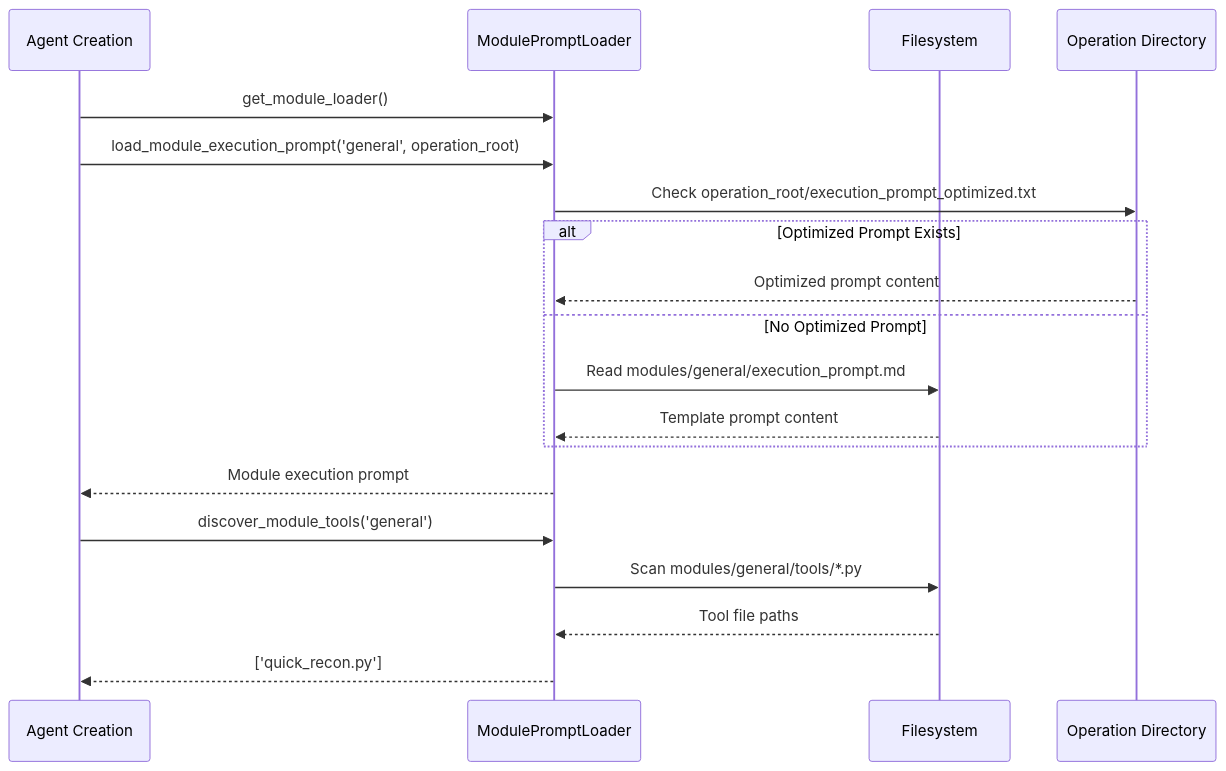
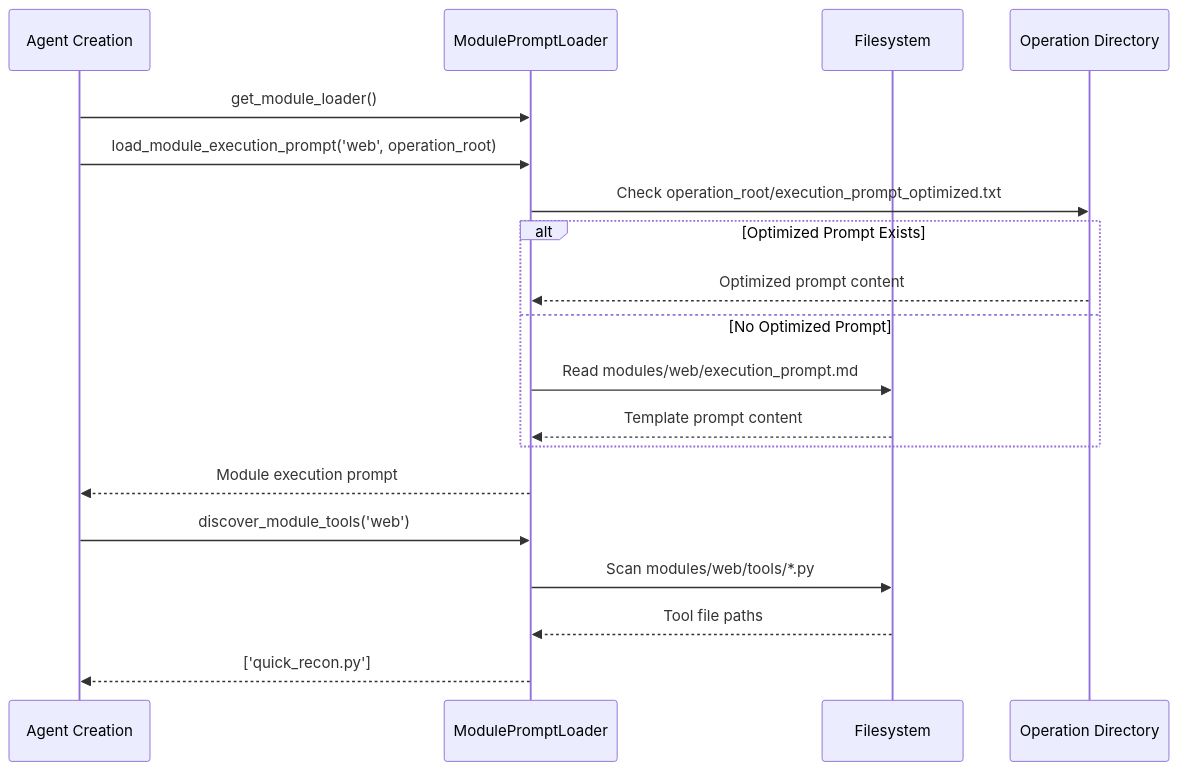
One commit to double16/Cyber-AutoAgent changed the second of 5 diagrams in docs/prompt_management.md. Above: the diagram before and after it, drawn with Mermaid. The commit also changed other lines of this file and 43 other files, not shown here.

Commit message:
Rename module 'general' to 'web'. swarm tool allows model selection.

````diff
--- a/docs/prompt_management.md
+++ b/docs/prompt_management.md
@@ -104,23 +104,23 @@
 ```mermaid
 sequenceDiagram
     participant A as Agent Creation
     participant L as ModulePromptLoader
     participant F as Filesystem
     participant P as Operation Directory
 
     A->>L: get_module_loader()
-    A->>L: load_module_execution_prompt('general', operation_root)
+    A->>L: load_module_execution_prompt('web', operation_root)
     L->>P: Check operation_root/execution_prompt_optimized.txt
     alt Optimized Prompt Exists
         P-->>L: Optimized prompt content
     else No Optimized Prompt
-        L->>F: Read modules/general/execution_prompt.md
+        L->>F: Read modules/web/execution_prompt.md
         F-->>L: Template prompt content
     end
     L-->>A: Module execution prompt
 
-    A->>L: discover_module_tools('general')
-    L->>F: Scan modules/general/tools/*.py
+    A->>L: discover_module_tools('web')
+    L->>F: Scan modules/web/tools/*.py
     F-->>L: Tool file paths
     L-->>A: ['quick_recon.py']
 ```
````
